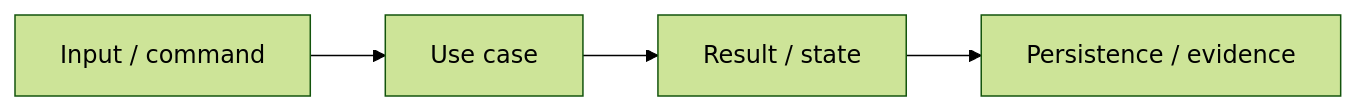
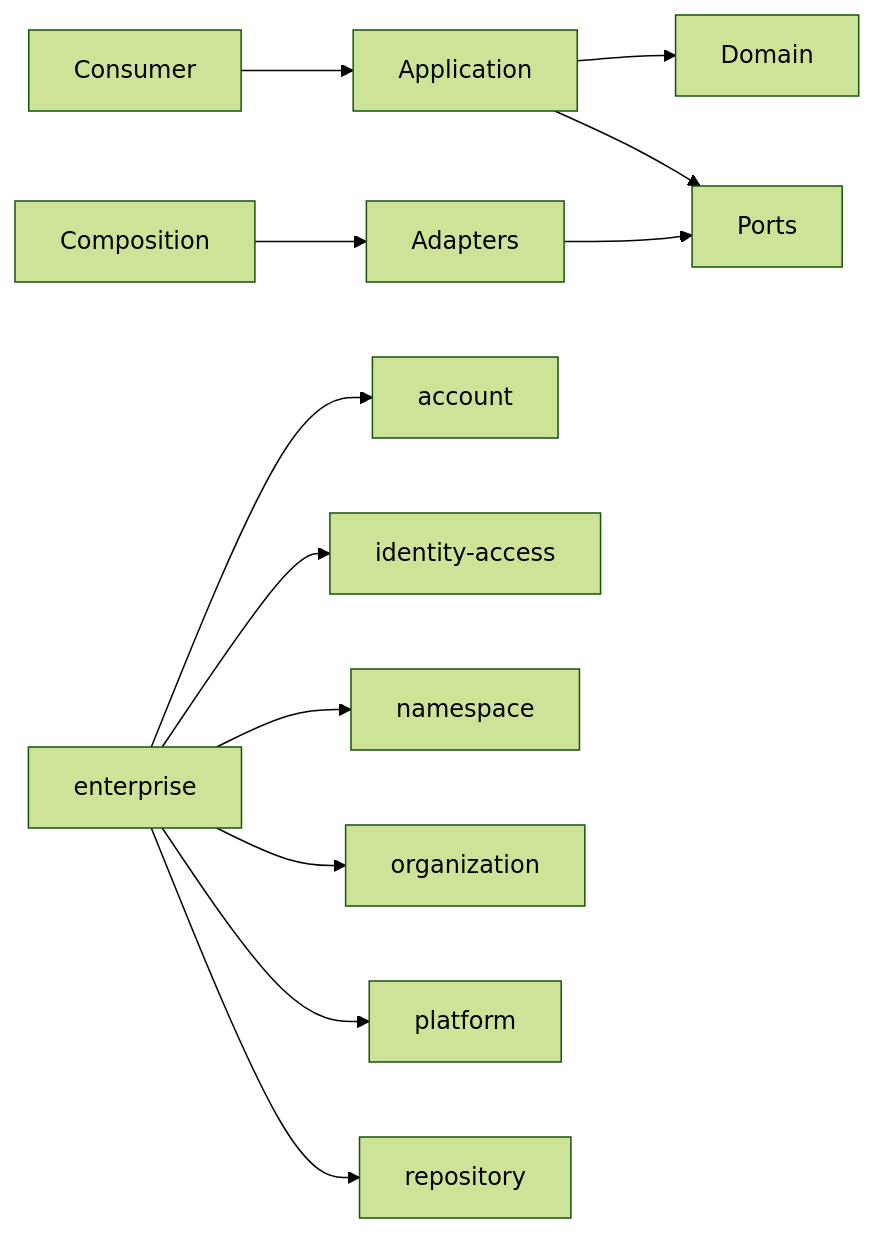
The third of 3 diagrams in packages/enterprise/ARCHITECTURE.md (963sup/Line_Bot_v1), drawn with Mermaid (forest theme) before and after one commit. The commit also changed other lines of this file and 40 other files, not shown here.

Commit message:
docs: compact owner architecture cards

````diff
--- a/packages/enterprise/ARCHITECTURE.md
+++ b/packages/enterprise/ARCHITECTURE.md
@@ -58,6 +33,14 @@
 ```mermaid
 flowchart LR
-  Input[Input / command] --> UseCase[Use case]
-  UseCase --> Result[Result / state]
-  Result --> Persistence[Persistence / evidence]
+  Consumer[Consumer] --> Application[Application]
+  Application --> Domain[Domain]
+  Application --> Ports[Ports]
+  Composition[Composition] --> Adapters[Adapters]
+  Adapters --> Ports
+  enterprise --> account
+  enterprise --> identity-access
+  enterprise --> namespace
+  enterprise --> organization
+  enterprise --> platform
+  enterprise --> repository
 ```
````
